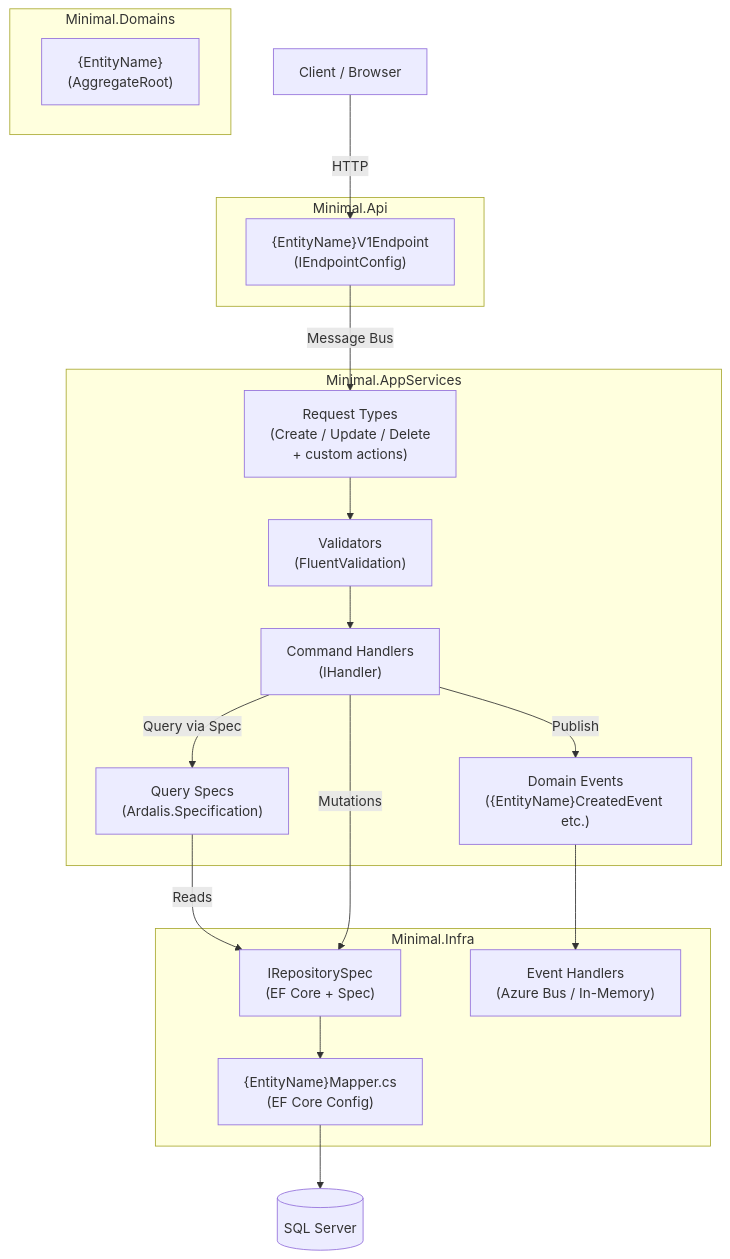
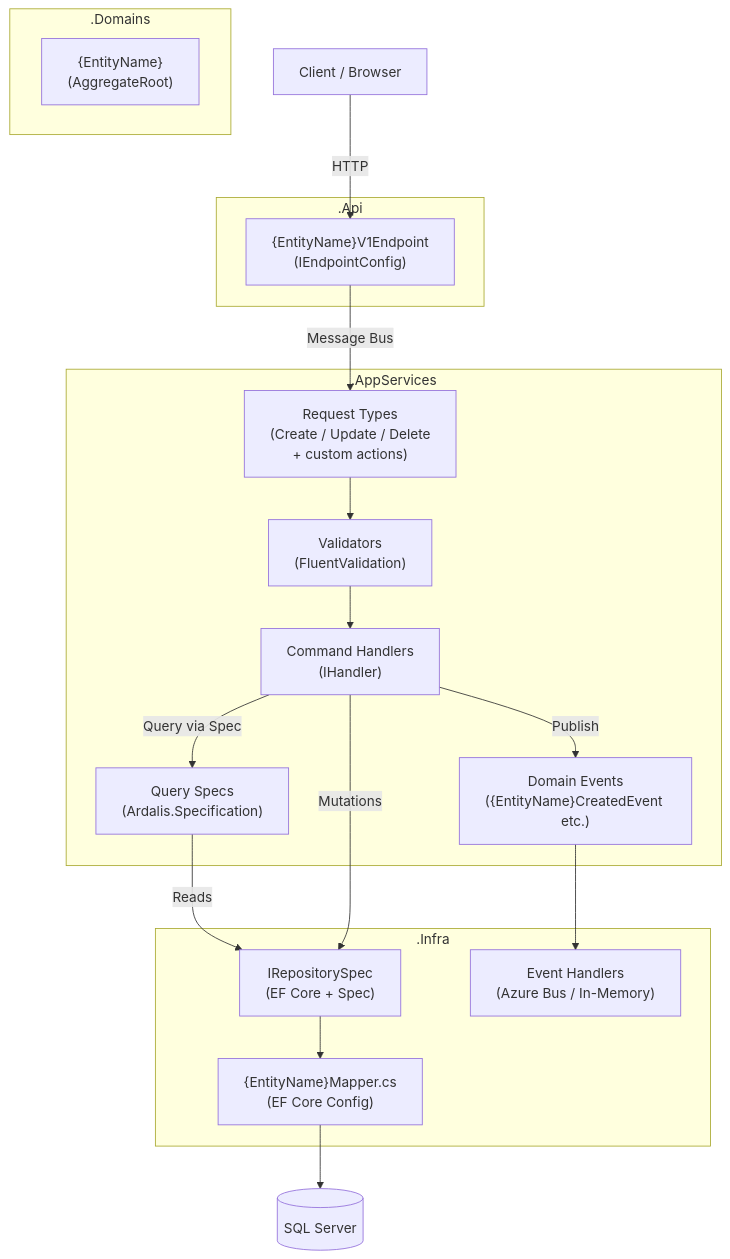
One commit to baoduy/DKNet.Templates changed the first of 5 diagrams in plugin/skills/dknet-docs/templates/architecture-template.md. Above: the diagram before and after it, drawn with Mermaid. The commit also changed other lines of this file and 45 other files, not shown here.

````diff
--- a/plugin/skills/dknet-docs/templates/architecture-template.md
+++ b/plugin/skills/dknet-docs/templates/architecture-template.md
@@ -8,40 +14,40 @@
 ```mermaid
 graph TD
     Client["Client / Browser"]
 
-    subgraph API["Minimal.Api"]
+    subgraph API["<YourApp>.Api"]
         EP["{EntityName}V1Endpoint\n(IEndpointConfig)"]
     end
 
-    subgraph AppServices["Minimal.AppServices"]
+    subgraph AppServices["<YourApp>.AppServices"]
         REQ["Request Types\n(Create / Update / Delete\n+ custom actions)"]
         VAL["Validators\n(FluentValidation)"]
         HDL["Command Handlers\n(IHandler)"]
         SPEC["Query Specs\n(Ardalis.Specification)"]
         EVT["Domain Events\n({EntityName}CreatedEvent etc.)"]
     end
 
-    subgraph Domains["Minimal.Domains"]
+    subgraph Domains["<YourApp>.Domains"]
         ENT["{EntityName}\n(AggregateRoot)"]
     end
 
-    subgraph Infra["Minimal.Infra"]
+    subgraph Infra["<YourApp>.Infra"]
         MAP["{EntityName}Mapper.cs\n(EF Core Config)"]
         REPO["IRepositorySpec\n(EF Core + Spec)"]
         EVH["Event Handlers\n(Azure Bus / In-Memory)"]
     end
 
     DB[("SQL Server")]
 
     Client -->|HTTP| EP
     EP -->|Message Bus| REQ
     REQ --> VAL
     VAL --> HDL
     HDL -->|Query via Spec| SPEC
     SPEC -->|Reads| REPO
     HDL -->|Mutations| REPO
     HDL -->|Publish| EVT
     REPO --> MAP
     MAP --> DB
     EVT --> EVH
 ```
````
